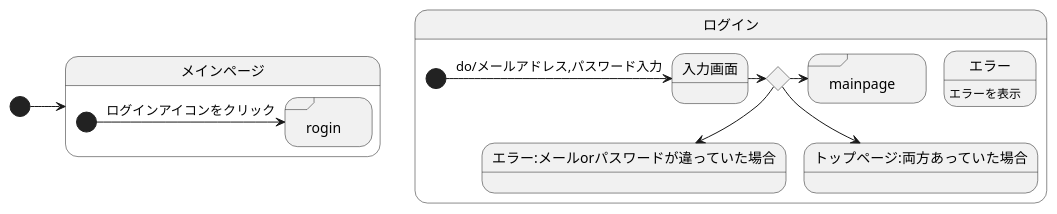
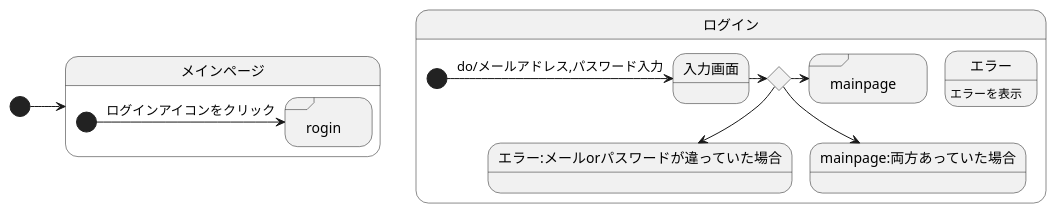
Before and after one commit to akutori/T-D-E: the diagram in UML.md, drawn with PlantUML.

````diff
--- a/UML.md
+++ b/UML.md
@@ -1,28 +1,28 @@
 ```uml
 @startuml
 
 
 [*]->メインページ
 state メインページ{
 state rogin
     [*]-> rogin : ログインアイコンをクリック
 
 }
 state "rogin" <<sdlreceive>> 
 
 state ログイン{
 state input <<choice>>
 state "mainpage" <<sdlreceive>>
 エラー:エラーを表示
     [*]-> 入力画面:do/メールアドレス,パスワード入力
     入力画面->input
     input --> エラー:メールorパスワードが違っていた場合
 
-    input --> トップページ:両方あっていた場合
+    input --> mainpage:両方あっていた場合
     input -> mainpage
 }
 
 
 
 @enduml
 ```
````
